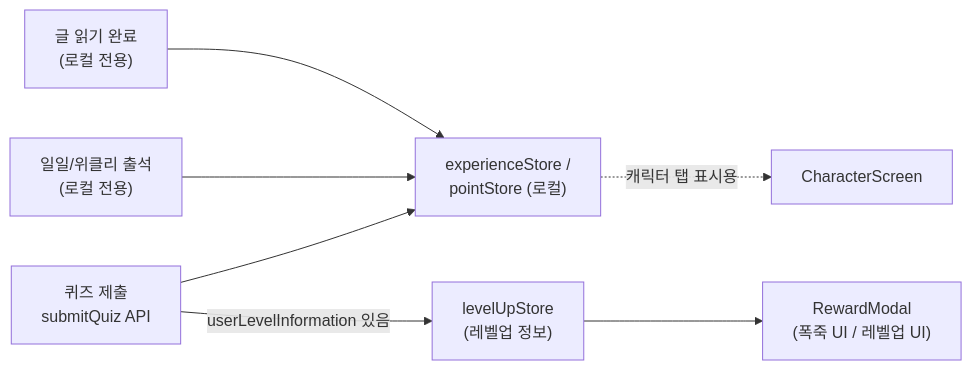
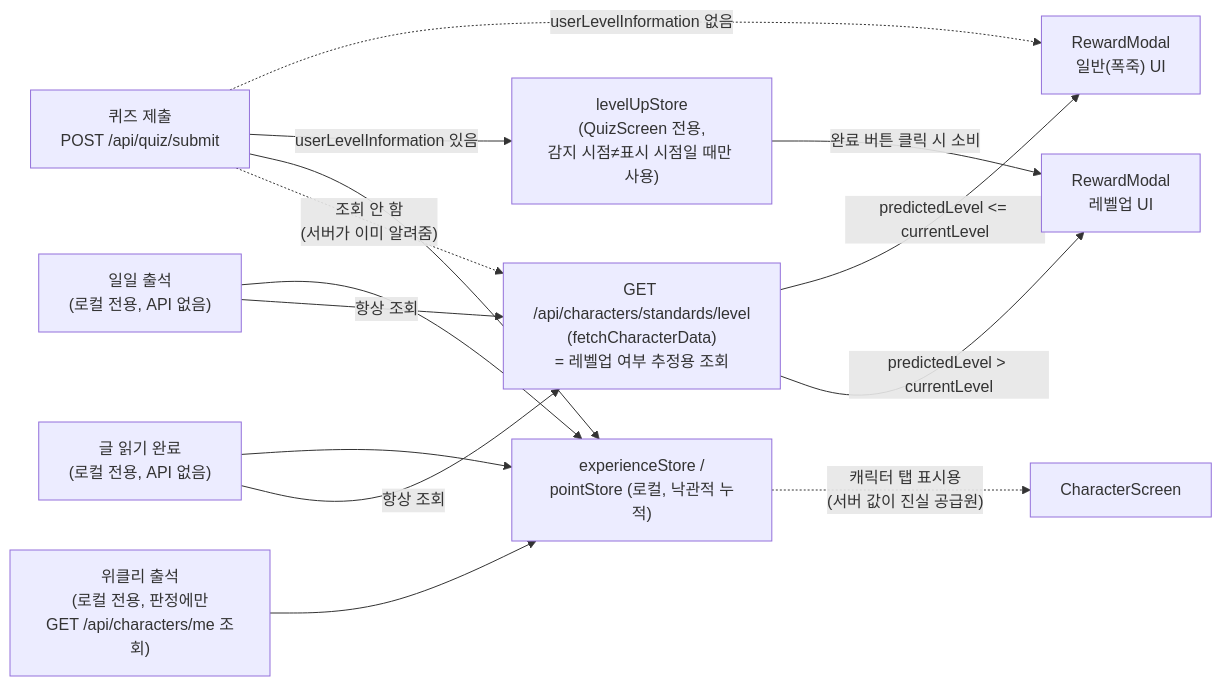
One commit to SWYP-app-3-10/neurous-client changed the first of 4 diagrams in docs/LEVEL_UP_FLOW.md. Above: the diagram before and after it, drawn with Mermaid. The commit also changed other lines of this file and 2 other files, not shown here.

First line of the commit message:
feat(article): 글 읽기 완료 시 레벨업 UI 지원 및 관련 문서 상세화

````diff
--- a/docs/LEVEL_UP_FLOW.md
+++ b/docs/LEVEL_UP_FLOW.md
@@ -7,17 +37,33 @@
 ```mermaid
 flowchart LR
-    Article["글 읽기 완료<br/>(로컬 전용)"]
-    Quiz["퀴즈 제출<br/>submitQuiz API"]
-    Daily["일일/위클리 출석<br/>(로컬 전용)"]
+    Article["글 읽기 완료<br/>(로컬 전용, API 없음)"]
+    Quiz["퀴즈 제출<br/>POST /api/quiz/submit"]
+    Daily["일일 출석<br/>(로컬 전용, API 없음)"]
+    Weekly["위클리 출석<br/>(로컬 전용, 판정에만<br/>GET /api/characters/me 조회)"]
 
-    ExpStore["experienceStore /<br/>pointStore (로컬)"]
-    LevelUpStore["levelUpStore<br/>(레벨업 정보)"]
-    Modal["RewardModal<br/>(폭죽 UI / 레벨업 UI)"]
+    ExpStore["experienceStore /<br/>pointStore (로컬, 낙관적 누적)"]
+    LevelUpStore["levelUpStore<br/>(QuizScreen 전용,<br/>감지 시점≠표시 시점일 때만 사용)"]
+
+    CharAPI["GET /api/characters/standards/level<br/>(fetchCharacterData)<br/>= 레벨업 여부 추정용 조회"]
+
+    RewardModalNormal["RewardModal<br/>일반(폭죽) UI"]
+    RewardModalLevelUp["RewardModal<br/>레벨업 UI"]
+
+    Article -->|"항상 조회"| CharAPI
+    Daily -->|"항상 조회"| CharAPI
+    Quiz -.->|"조회 안 함<br/>(서버가 이미 알려줌)"| CharAPI
 
     Article --> ExpStore
     Daily --> ExpStore
+    Weekly --> ExpStore
     Quiz --> ExpStore
+
     Quiz -- "userLevelInformation 있음" --> LevelUpStore
-    LevelUpStore --> Modal
-    ExpStore -.->|"캐릭터 탭 표시용"| CharacterScreen["CharacterScreen"]
+    LevelUpStore -->|"완료 버튼 클릭 시 소비"| RewardModalLevelUp
+
+    CharAPI -->|"predictedLevel > currentLevel"| RewardModalLevelUp
+    CharAPI -->|"predictedLevel <= currentLevel"| RewardModalNormal
+    Quiz -.->|"userLevelInformation 없음"| RewardModalNormal
+
+    ExpStore -.->|"캐릭터 탭 표시용<br/>(서버 값이 진실 공급원)"| CharacterScreen["CharacterScreen"]
 ```
````
